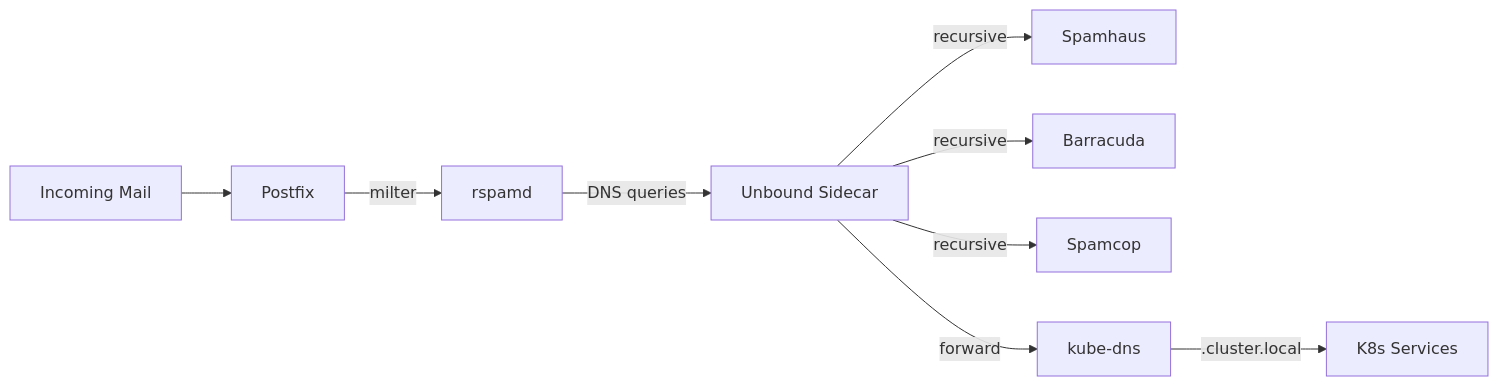
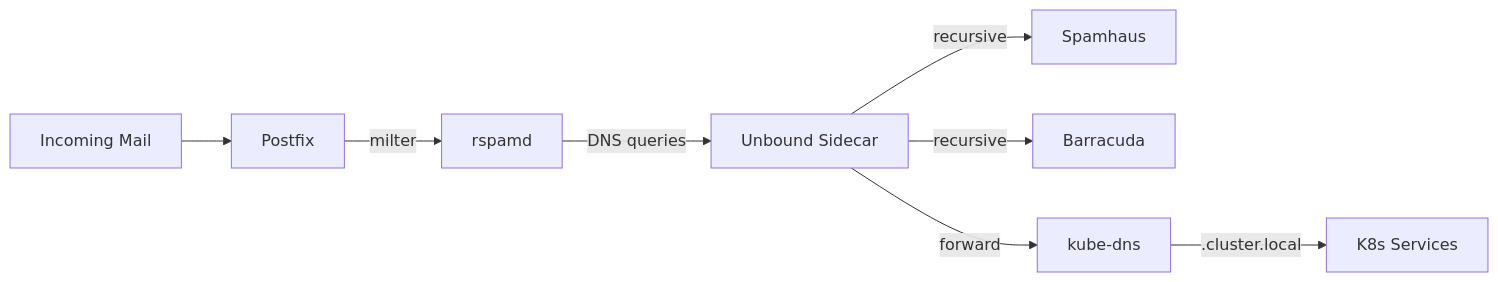
Before and after one commit to bluedynamics/cdk8s-mailu: the diagram in documentation/sources/how-to/configure-spam-filtering.md, drawn with Mermaid. The commit also changed other lines of this file and 4 other files, not shown here.

````diff
--- a/documentation/sources/how-to/configure-spam-filtering.md
+++ b/documentation/sources/how-to/configure-spam-filtering.md
@@ -29,11 +29,10 @@
 ```{mermaid}
 graph LR
     A[Incoming Mail] --> B[Postfix]
     B -->|milter| C[rspamd]
     C -->|DNS queries| D[Unbound Sidecar]
     D -->|recursive| E[Spamhaus]
     D -->|recursive| F[Barracuda]
-    D -->|recursive| G[Spamcop]
     D -->|forward| H[kube-dns]
     H -->|.cluster.local| I[K8s Services]
 ```
````
